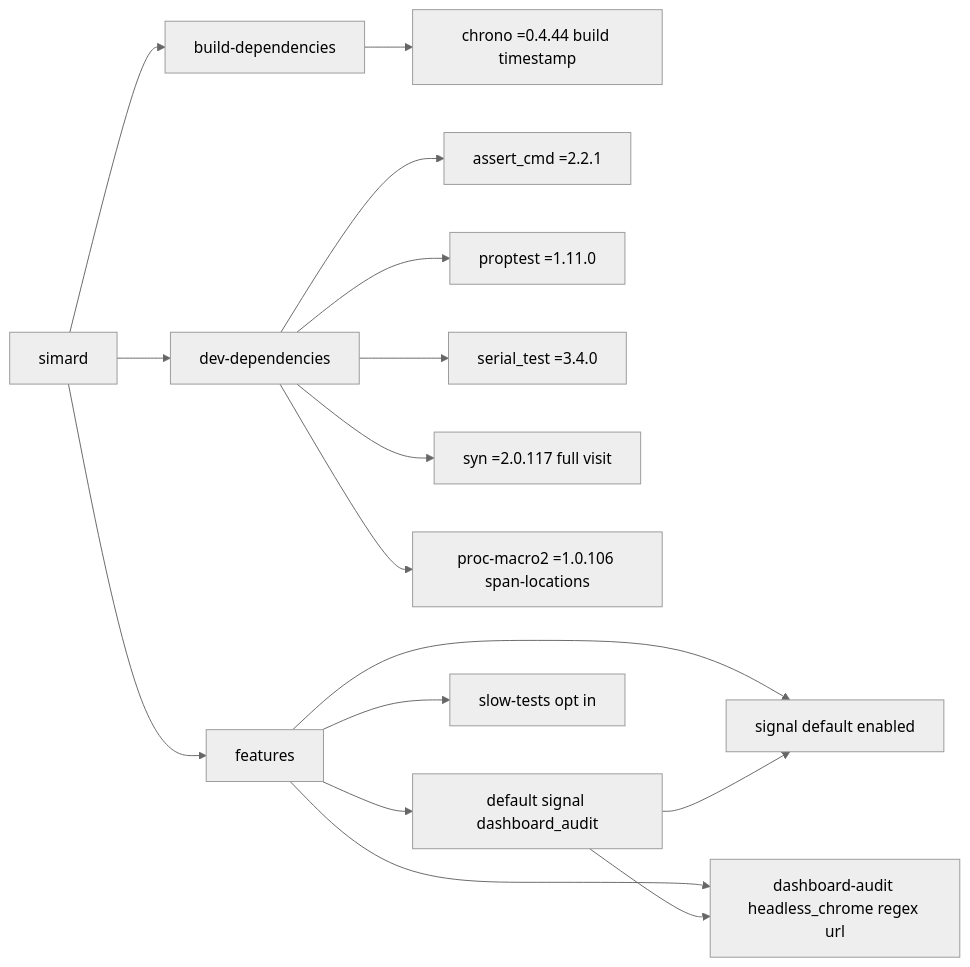
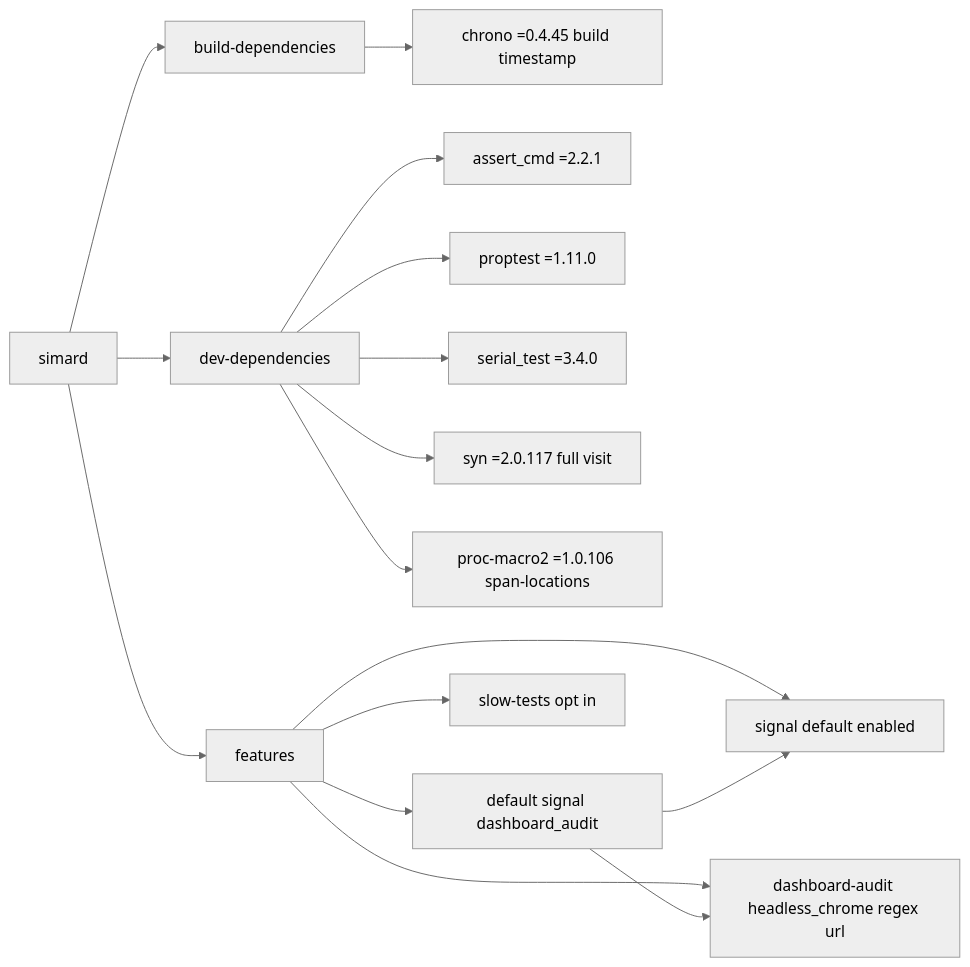
The diagram in docs/atlas/compile-deps/compile-deps-external-dev-build.mmd (rysweet/Simard), drawn with Mermaid (neutral theme) before and after one commit. The commit also changed 8 other files, not shown here.

```diff
--- a/docs/atlas/compile-deps/compile-deps-external-dev-build.mmd
+++ b/docs/atlas/compile-deps/compile-deps-external-dev-build.mmd
@@ -1,16 +1,16 @@
 flowchart LR
     simard["simard"] --> build_deps["build-dependencies"]
     simard --> dev_deps["dev-dependencies"]
     simard --> features["features"]
-    build_deps --> chrono_build["chrono =0.4.44 build timestamp"]
+    build_deps --> chrono_build["chrono =0.4.45 build timestamp"]
     dev_deps --> assert_cmd["assert_cmd =2.2.1"]
     dev_deps --> proptest["proptest =1.11.0"]
     dev_deps --> serial_test["serial_test =3.4.0"]
     dev_deps --> syn["syn =2.0.117 full visit"]
     dev_deps --> proc_macro2["proc-macro2 =1.0.106 span-locations"]
     features --> default_feature["default signal dashboard_audit"]
     features --> slow_tests["slow-tests opt in"]
     features --> dashboard_audit["dashboard-audit headless_chrome regex url"]
     features --> signal["signal default enabled"]
     default_feature --> signal
     default_feature --> dashboard_audit
```
